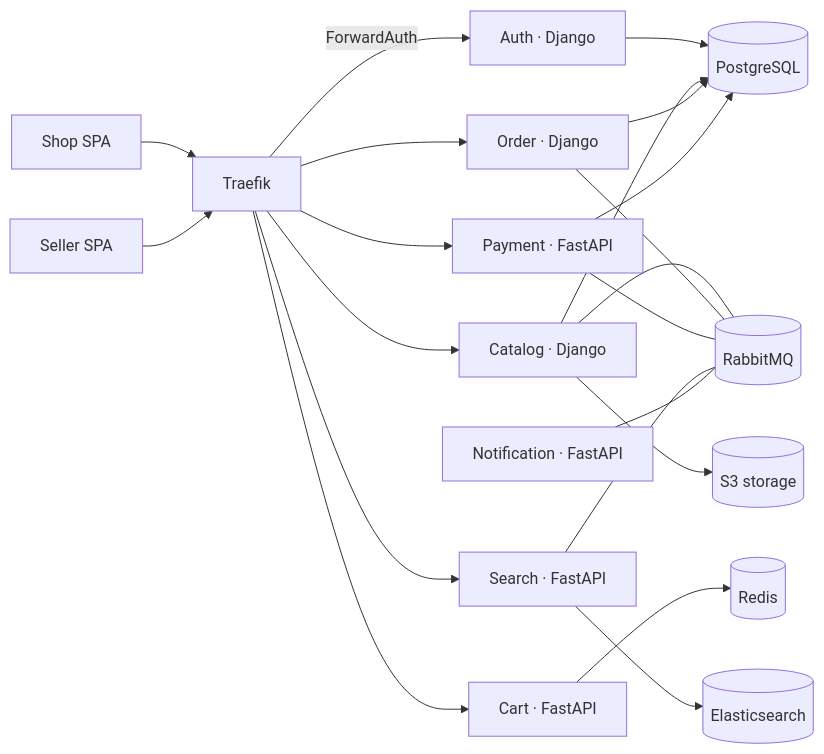
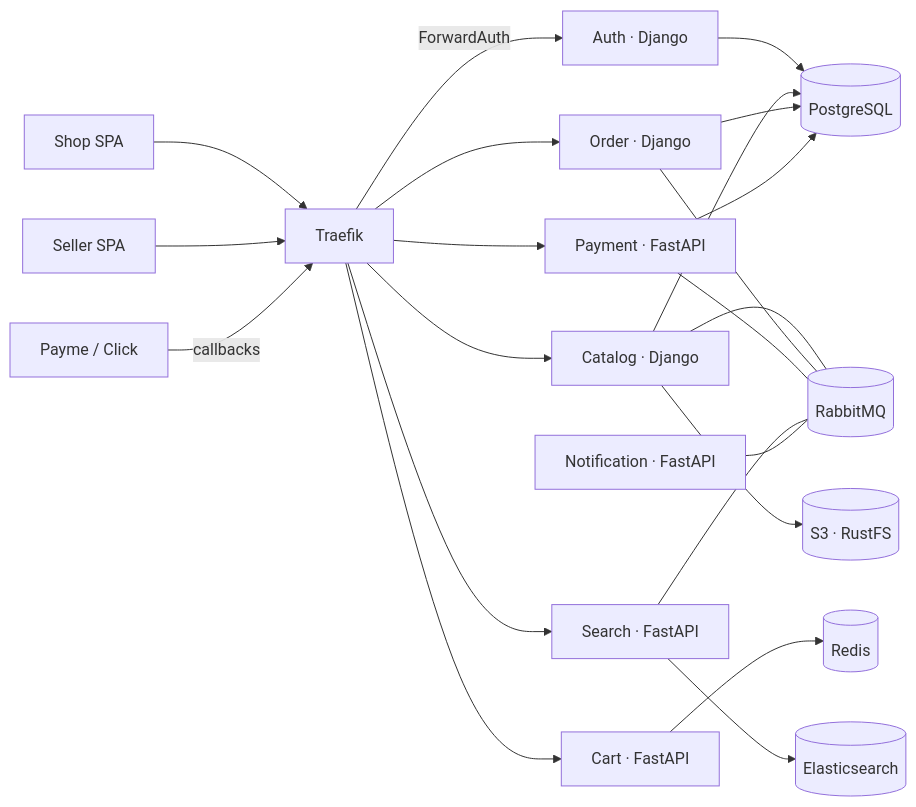
The diagram in README.md (ulugbekbackend/marketplace-microservices), drawn with Mermaid before and after one commit. The commit also changed other lines of this file and 9 other files, not shown here.

````diff
--- a/README.md
+++ b/README.md
@@ -11,23 +19,24 @@
 ```mermaid
 flowchart LR
     shop[Shop SPA] --> traefik[Traefik]
     seller[Seller SPA] --> traefik
     traefik -->|ForwardAuth| auth[Auth · Django]
     traefik --> catalog[Catalog · Django]
     traefik --> order[Order · Django]
     traefik --> cart[Cart · FastAPI]
     traefik --> search[Search · FastAPI]
     traefik --> payment[Payment · FastAPI]
+    payme[Payme / Click] -->|callbacks| traefik
     catalog --- rabbit[(RabbitMQ)]
     order --- rabbit
     payment --- rabbit
     search --- rabbit
     notification[Notification · FastAPI] --- rabbit
     auth --> pg[(PostgreSQL)]
     catalog --> pg
     order --> pg
     payment --> pg
     cart --> redis[(Redis)]
     search --> es[(Elasticsearch)]
-    catalog --> s3[(S3 storage)]
+    catalog --> s3[(S3 · RustFS)]
 ```
````
